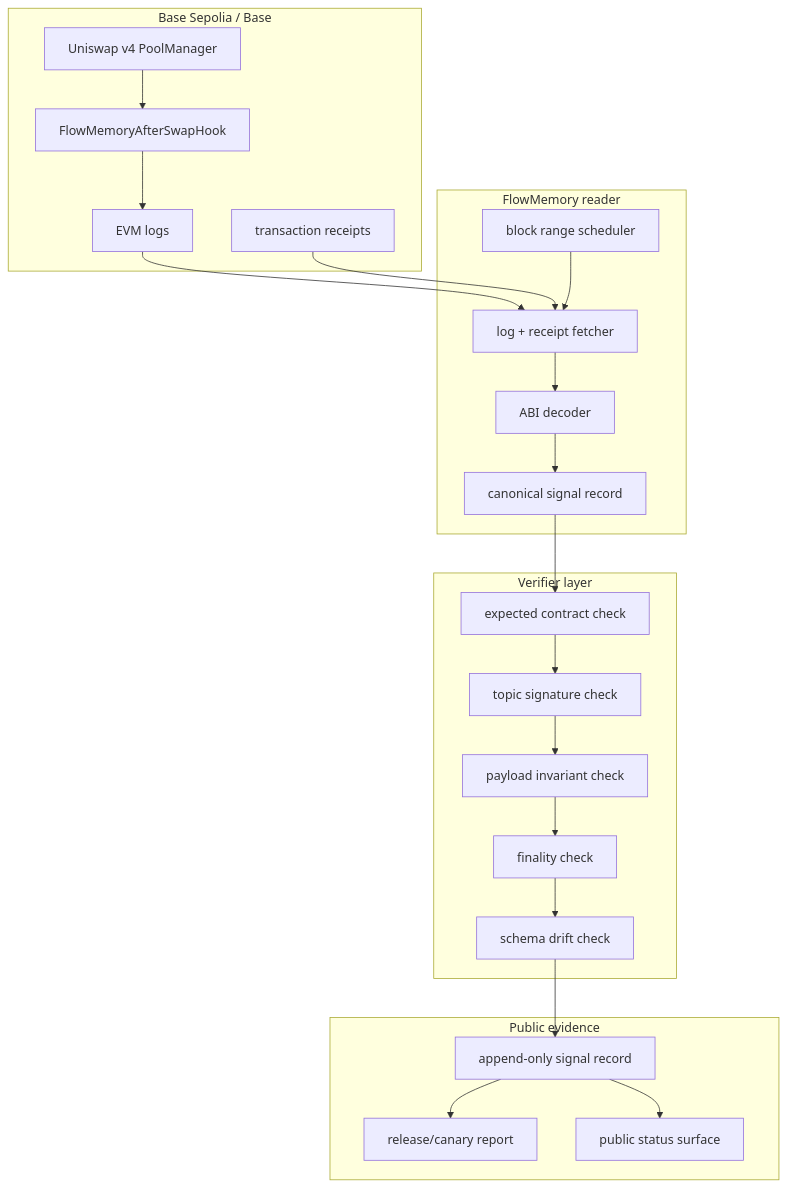
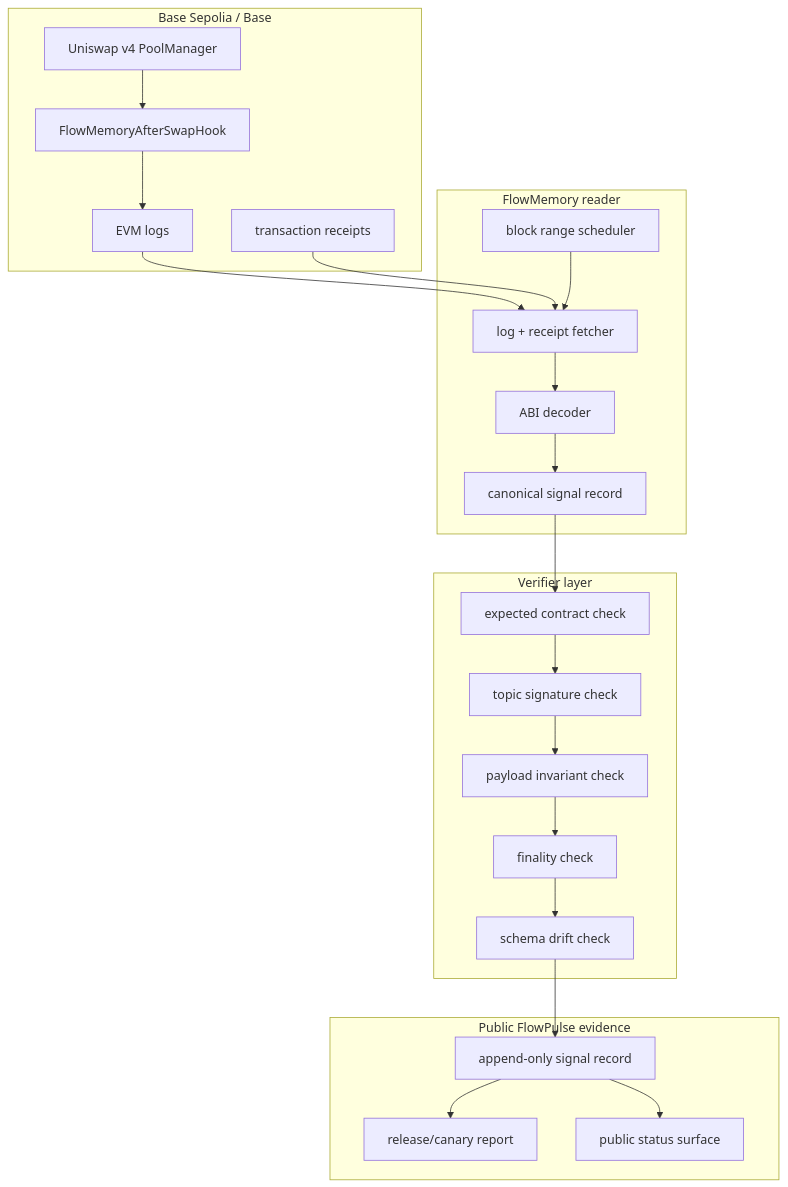
Before and after one commit to FlowmemoryAI/flowmemory-uniswap-v4-hooks: the first of 3 diagrams in docs/READER_VERIFIER_ARCHITECTURE.md, drawn with Mermaid. The commit also changed other lines of this file and 22 other files, not shown here.

````diff
--- a/docs/READER_VERIFIER_ARCHITECTURE.md
+++ b/docs/READER_VERIFIER_ARCHITECTURE.md
@@ -9,46 +9,46 @@
 ```mermaid
 flowchart TB
     subgraph Chain["Base Sepolia / Base"]
         PM["Uniswap v4 PoolManager"]
         Hook["FlowMemoryAfterSwapHook"]
         Logs["EVM logs"]
         Receipts["transaction receipts"]
     end
 
     subgraph Reader["FlowMemory reader"]
         Range["block range scheduler"]
         Fetch["log + receipt fetcher"]
         Decode["ABI decoder"]
         Normalize["canonical signal record"]
     end
 
     subgraph Verify["Verifier layer"]
         ContractCheck["expected contract check"]
         TopicCheck["topic signature check"]
         PayloadCheck["payload invariant check"]
         FinalityCheck["finality check"]
         DriftCheck["schema drift check"]
     end
 
-    subgraph Output["Public evidence"]
+    subgraph Output["Public FlowPulse evidence"]
         Record["append-only signal record"]
         Report["release/canary report"]
         Dashboard["public status surface"]
     end
 
     PM --> Hook
     Hook --> Logs
     Logs --> Fetch
     Receipts --> Fetch
     Range --> Fetch
     Fetch --> Decode
     Decode --> Normalize
     Normalize --> ContractCheck
     ContractCheck --> TopicCheck
     TopicCheck --> PayloadCheck
     PayloadCheck --> FinalityCheck
     FinalityCheck --> DriftCheck
     DriftCheck --> Record
     Record --> Report
     Record --> Dashboard
 ```
````
